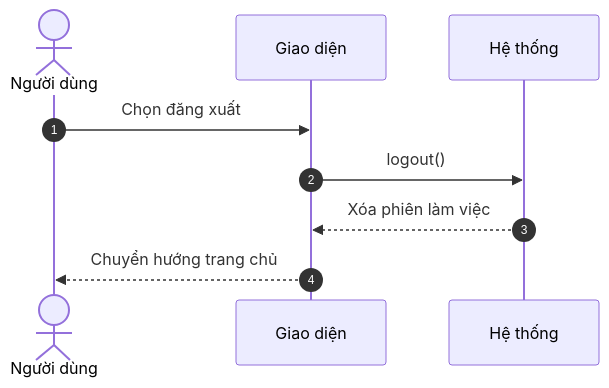
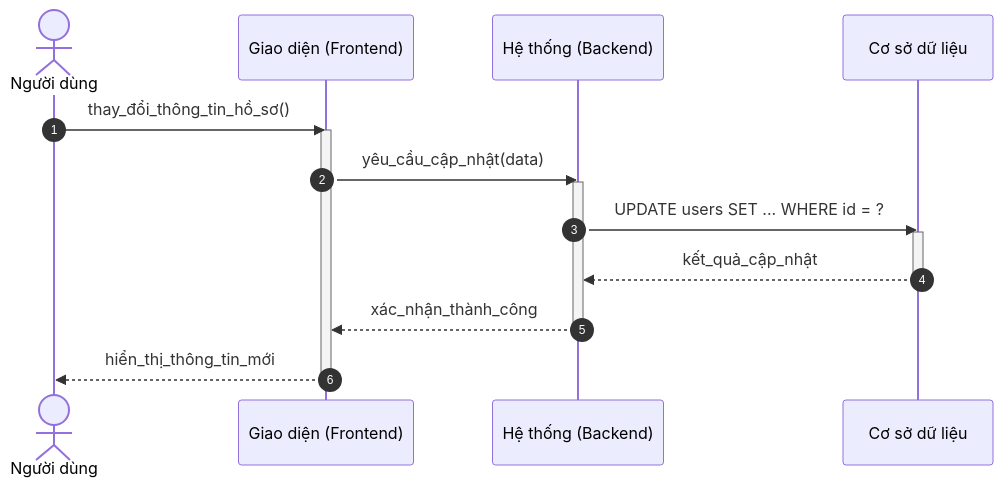
One commit to ngoctinn/Synapse changed the third of 3 diagrams in docs/design/sequences_simplified/authentication.md. Above: the diagram before and after it, drawn with Mermaid. The commit also changed other lines of this file and 4 other files, not shown here.

Commit message:
docs: Add simplified sequence diagrams for receptionist, technician, admin, customer, and authentication flows.

````diff
--- a/docs/design/sequences_simplified/authentication.md
+++ b/docs/design/sequences_simplified/authentication.md
@@ -116,12 +71,21 @@
 ```mermaid
 sequenceDiagram
     autonumber
     actor ND as Người dùng
-    participant UI as Giao diện
-    participant HT as Hệ thống
+    participant FE as Giao diện (Frontend)
+    participant BE as Hệ thống (Backend)
+    participant DB as Cơ sở dữ liệu
 
-    ND->>UI: Chọn đăng xuất
-    UI->>HT: logout()
-    HT-->>UI: Xóa phiên làm việc
-    UI-->>ND: Chuyển hướng trang chủ
+    ND->>FE: thay_đổi_thông_tin_hồ_sơ()
+    activate FE
+    FE->>BE: yêu_cầu_cập_nhật(data)
+    activate BE
+    BE->>DB: UPDATE users SET ... WHERE id = ?
+    activate DB
+    DB-->>BE: kết_quả_cập_nhật
+    deactivate DB
+    BE-->>FE: xác_nhận_thành_công
+    deactivate BE
+    FE-->>ND: hiển_thị_thông_tin_mới
+    deactivate FE
 ```
````
